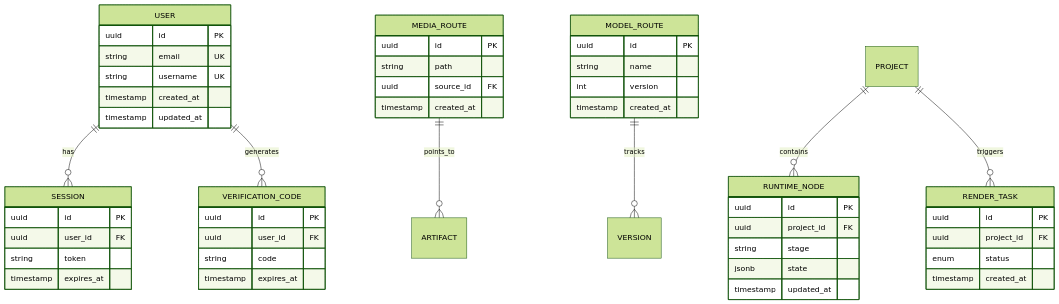
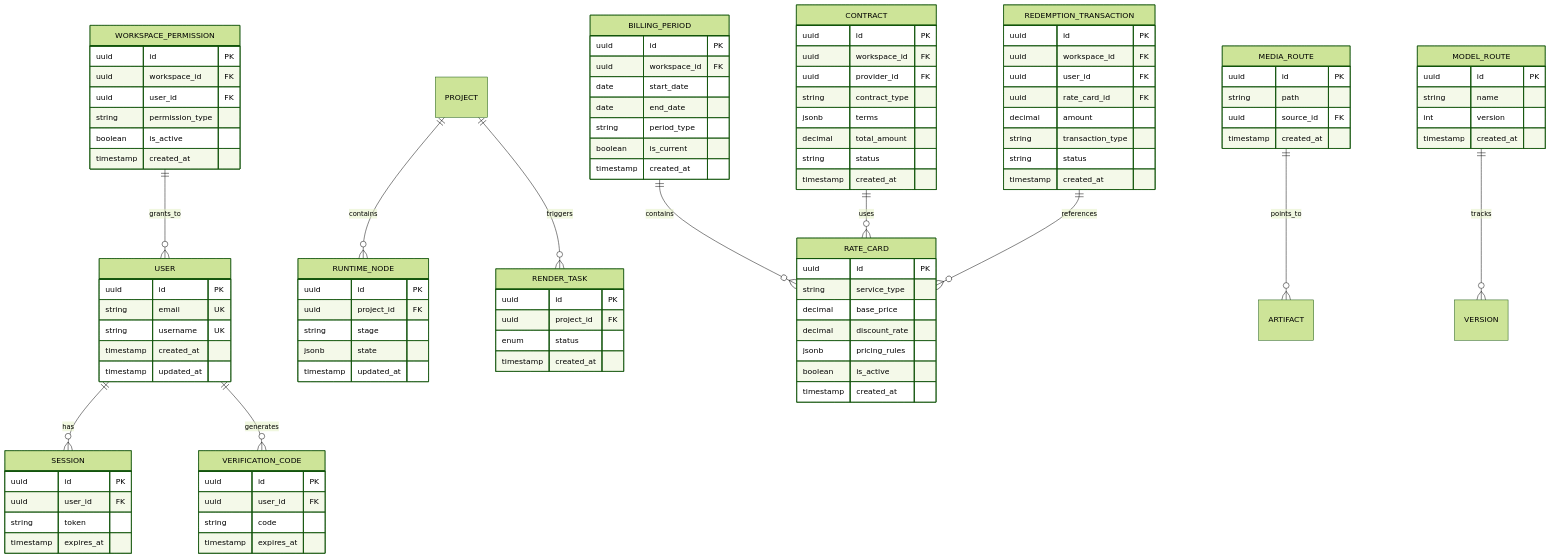
Before and after one commit to scottcwy/PurpleInk: diagram 12 of 12 in .qoder/repowiki/zh/content/数据库设计/数据库设计.md, drawn with Mermaid (forest theme). The commit also changed other lines of this file and 109 other files, not shown here.

````diff
--- a/.qoder/repowiki/zh/content/数据库设计/数据库设计.md
+++ b/.qoder/repowiki/zh/content/数据库设计/数据库设计.md
@@ -390,10 +586,60 @@
 int version
 timestamp created_at
 }
+WORKSPACE_PERMISSION {
+uuid id PK
+uuid workspace_id FK
+uuid user_id FK
+string permission_type
+boolean is_active
+timestamp created_at
+}
+BILLING_PERIOD {
+uuid id PK
+uuid workspace_id FK
+date start_date
+date end_date
+string period_type
+boolean is_current
+timestamp created_at
+}
+RATE_CARD {
+uuid id PK
+string service_type
+decimal base_price
+decimal discount_rate
+jsonb pricing_rules
+boolean is_active
+timestamp created_at
+}
+CONTRACT {
+uuid id PK
+uuid workspace_id FK
+uuid provider_id FK
+string contract_type
+jsonb terms
+decimal total_amount
+string status
+timestamp created_at
+}
+REDEMPTION_TRANSACTION {
+uuid id PK
+uuid workspace_id FK
+uuid user_id FK
+uuid rate_card_id FK
+decimal amount
+string transaction_type
+string status
+timestamp created_at
+}
 USER ||--o{ SESSION : has
 USER ||--o{ VERIFICATION_CODE : generates
 PROJECT ||--o{ RUNTIME_NODE : contains
 PROJECT ||--o{ RENDER_TASK : triggers
 MEDIA_ROUTE ||--o{ ARTIFACT : points_to
 MODEL_ROUTE ||--o{ VERSION : tracks
+WORKSPACE_PERMISSION ||--o{ USER : grants_to
+BILLING_PERIOD ||--o{ RATE_CARD : contains
+CONTRACT ||--o{ RATE_CARD : uses
+REDEMPTION_TRANSACTION ||--o{ RATE_CARD : references
 ```
````
